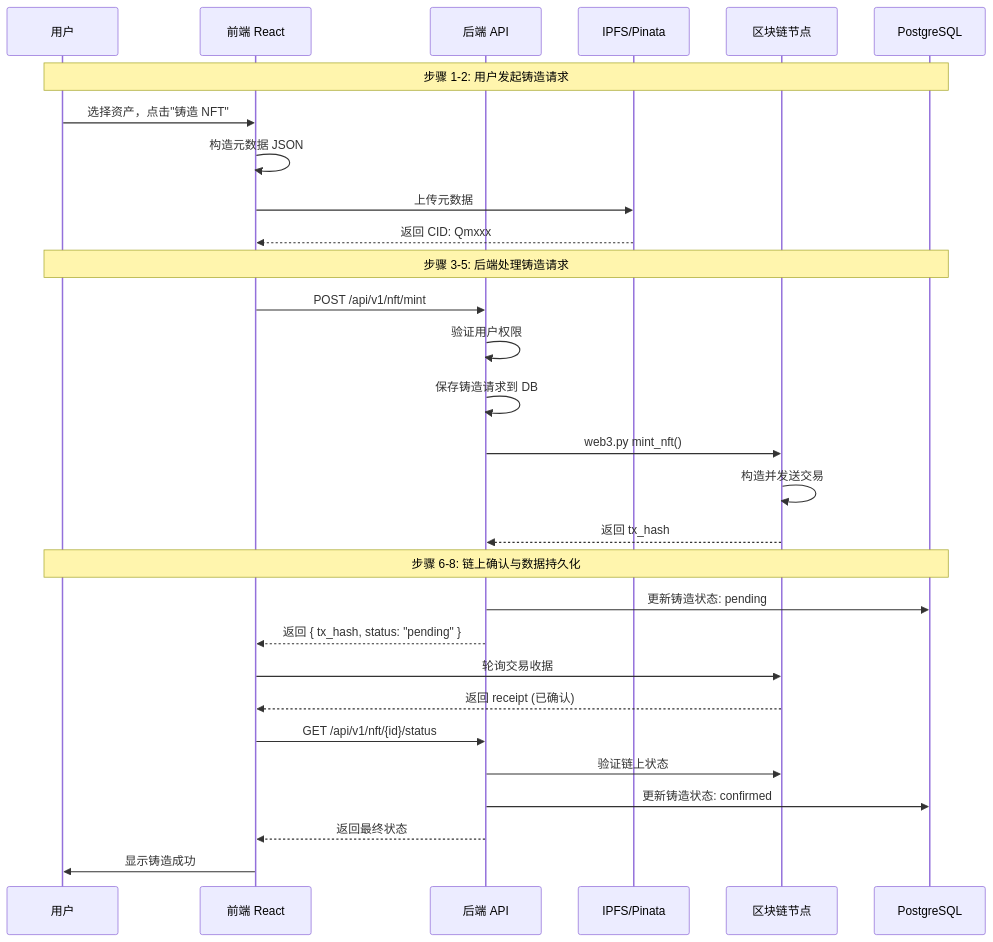
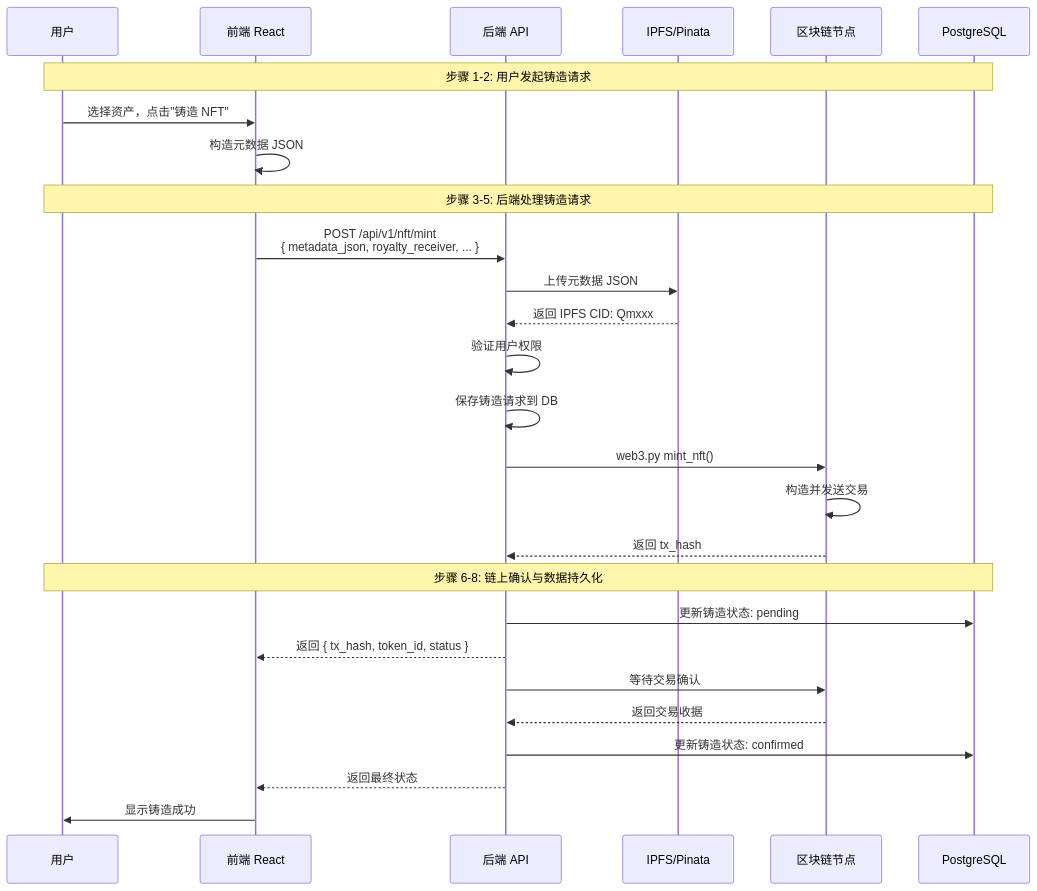
The seventh of 10 diagrams in docs/web2-web3-architecture.md (Daniele111222/web3.0_system), drawn with Mermaid before and after one commit. The commit also changed other lines of this file and 2 other files, not shown here.

````diff
--- a/docs/web2-web3-architecture.md
+++ b/docs/web2-web3-architecture.md
@@ -735,34 +726,32 @@
 ```mermaid
 sequenceDiagram
     participant U as 用户
     participant F as 前端 React
     participant BE as 后端 API
     participant IPFS as IPFS/Pinata
     participant BC as 区块链节点
     participant DB as PostgreSQL
 
     Note over U,DB: 步骤 1-2: 用户发起铸造请求
     U->>F: 选择资产，点击"铸造 NFT"
     F->>F: 构造元数据 JSON
-    F->>IPFS: 上传元数据
-    IPFS-->>F: 返回 CID: Qmxxx
 
     Note over U,DB: 步骤 3-5: 后端处理铸造请求
-    F->>BE: POST /api/v1/nft/mint
+    F->>BE: POST /api/v1/nft/mint<br/>{ metadata_json, royalty_receiver, ... }
+    BE->>IPFS: 上传元数据 JSON
+    IPFS-->>BE: 返回 IPFS CID: Qmxxx
     BE->>BE: 验证用户权限
     BE->>BE: 保存铸造请求到 DB
     BE->>BC: web3.py mint_nft()
     BC->>BC: 构造并发送交易
     BC-->>BE: 返回 tx_hash
 
     Note over U,DB: 步骤 6-8: 链上确认与数据持久化
     BE->>DB: 更新铸造状态: pending
-    BE-->>F: 返回 { tx_hash, status: "pending" }
-    F->>BC: 轮询交易收据
-    BC-->>F: 返回 receipt (已确认)
-    F->>BE: GET /api/v1/nft/{id}/status
-    BE->>BC: 验证链上状态
+    BE-->>F: 返回 { tx_hash, token_id, status }
+    BE->>BC: 等待交易确认
+    BC-->>BE: 返回交易收据
     BE->>DB: 更新铸造状态: confirmed
     BE-->>F: 返回最终状态
     F->>U: 显示铸造成功
 ```
````
